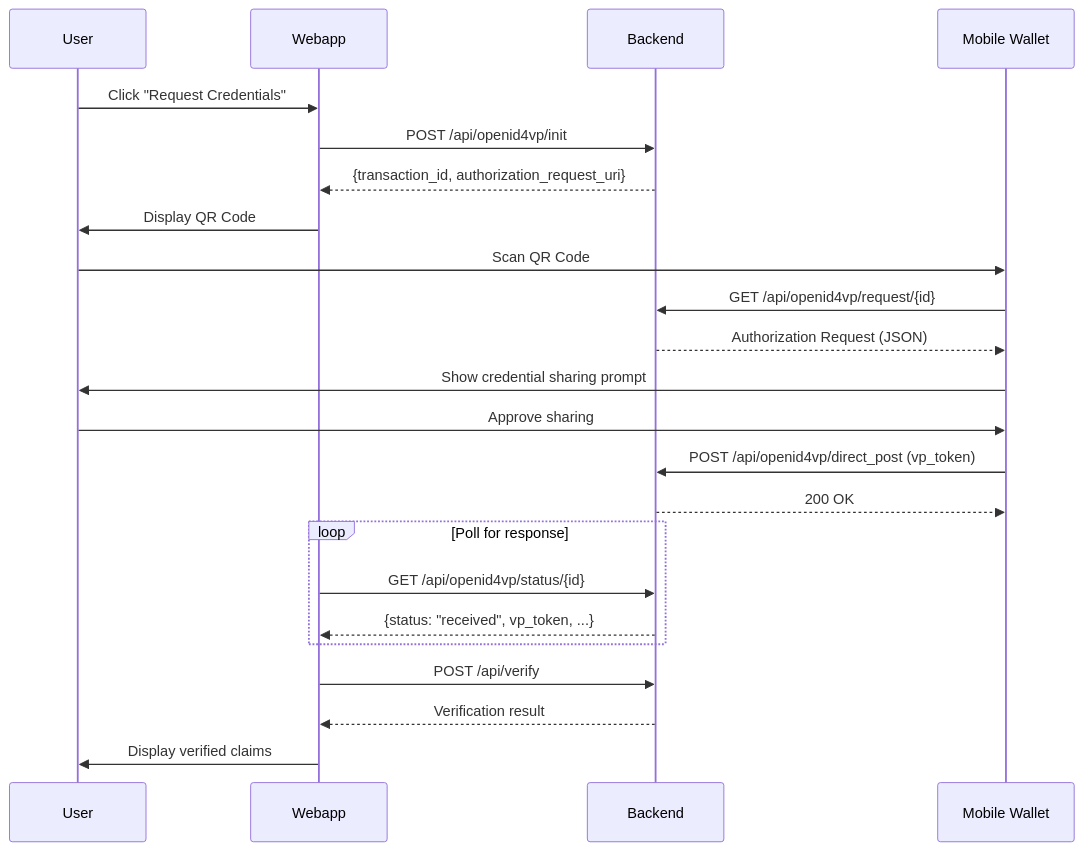
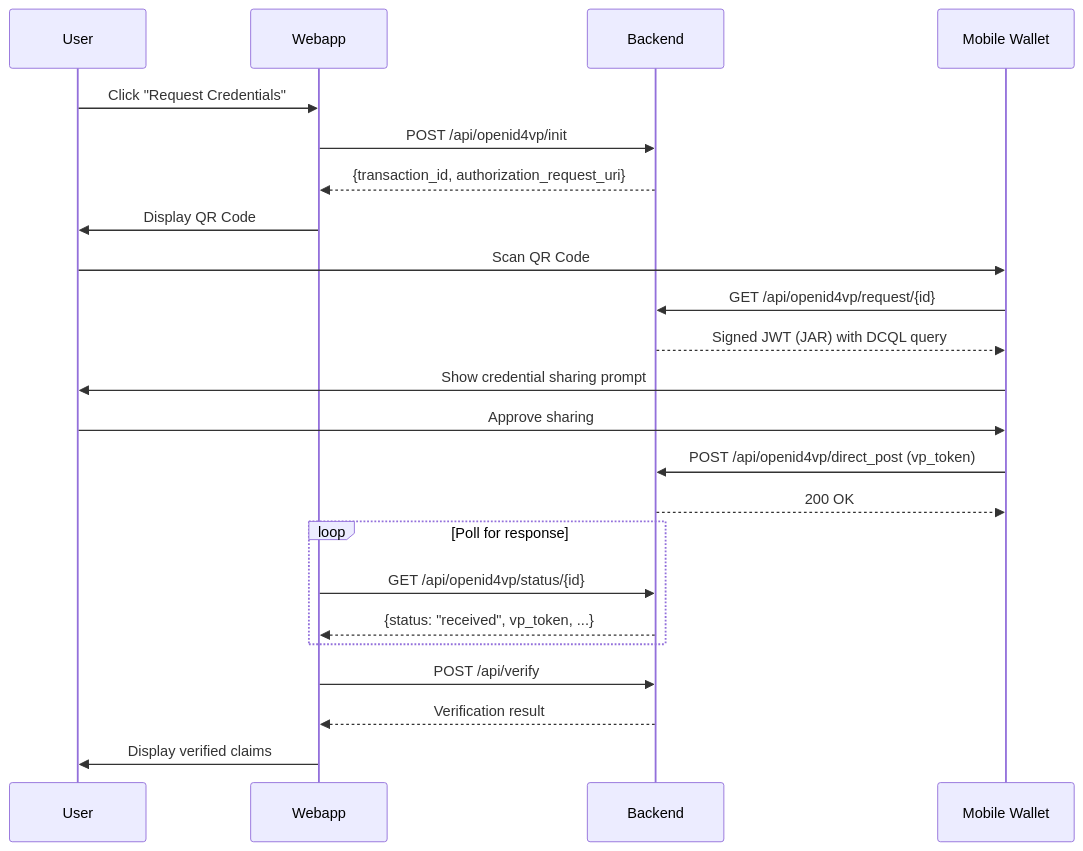
Before and after one commit to rd-ewqwe/ewqwe-identity: the second of 3 diagrams in documentation/src/demo_webapp.md, drawn with Mermaid. The commit also changed other lines of this file and 4 other files, not shown here.

````diff
--- a/documentation/src/demo_webapp.md
+++ b/documentation/src/demo_webapp.md
@@ -81,29 +90,29 @@
 ```mermaid
 sequenceDiagram
     participant U as User
     participant W as Webapp
     participant B as Backend
     participant M as Mobile Wallet
     
     U->>W: Click "Request Credentials"
     W->>B: POST /api/openid4vp/init
     B-->>W: {transaction_id, authorization_request_uri}
     W->>U: Display QR Code
     
     U->>M: Scan QR Code
     M->>B: GET /api/openid4vp/request/{id}
-    B-->>M: Authorization Request (JSON)
+    B-->>M: Signed JWT (JAR) with DCQL query
     M->>U: Show credential sharing prompt
     U->>M: Approve sharing
     M->>B: POST /api/openid4vp/direct_post (vp_token)
     B-->>M: 200 OK
     
     loop Poll for response
         W->>B: GET /api/openid4vp/status/{id}
         B-->>W: {status: "received", vp_token, ...}
     end
     
     W->>B: POST /api/verify
     B-->>W: Verification result
     W->>U: Display verified claims
 ```
````
